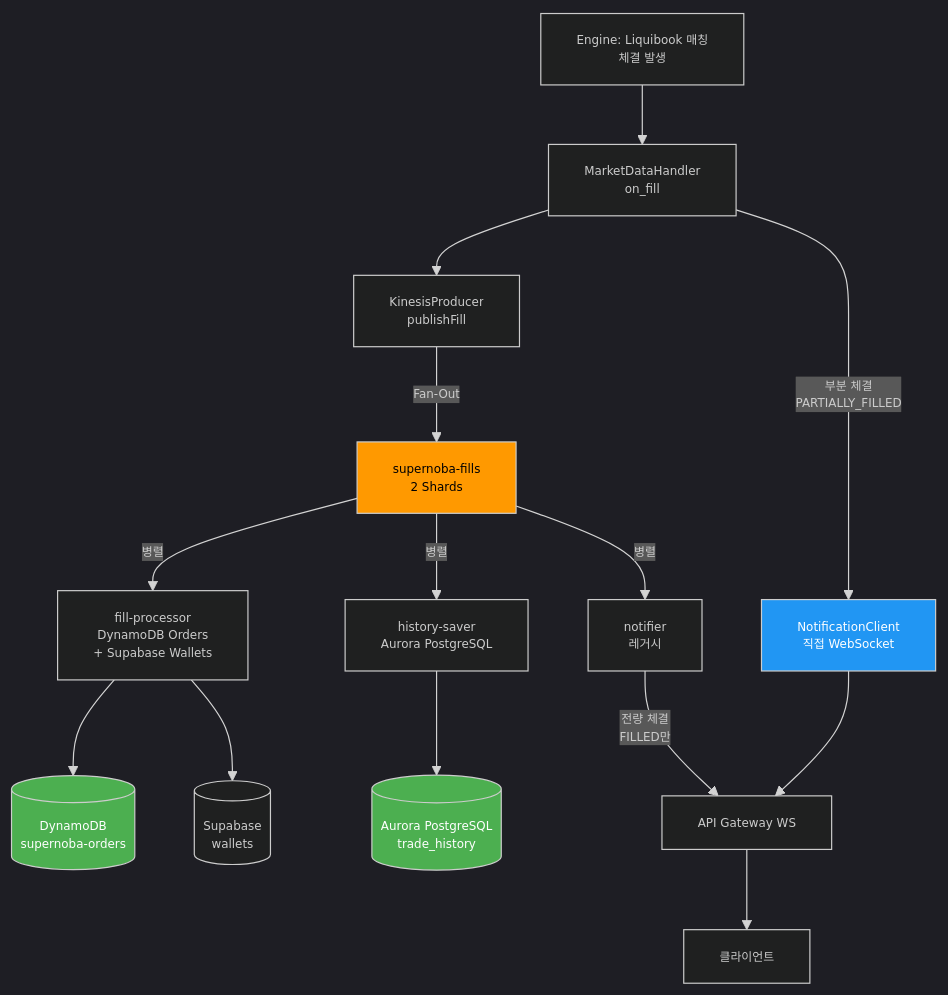
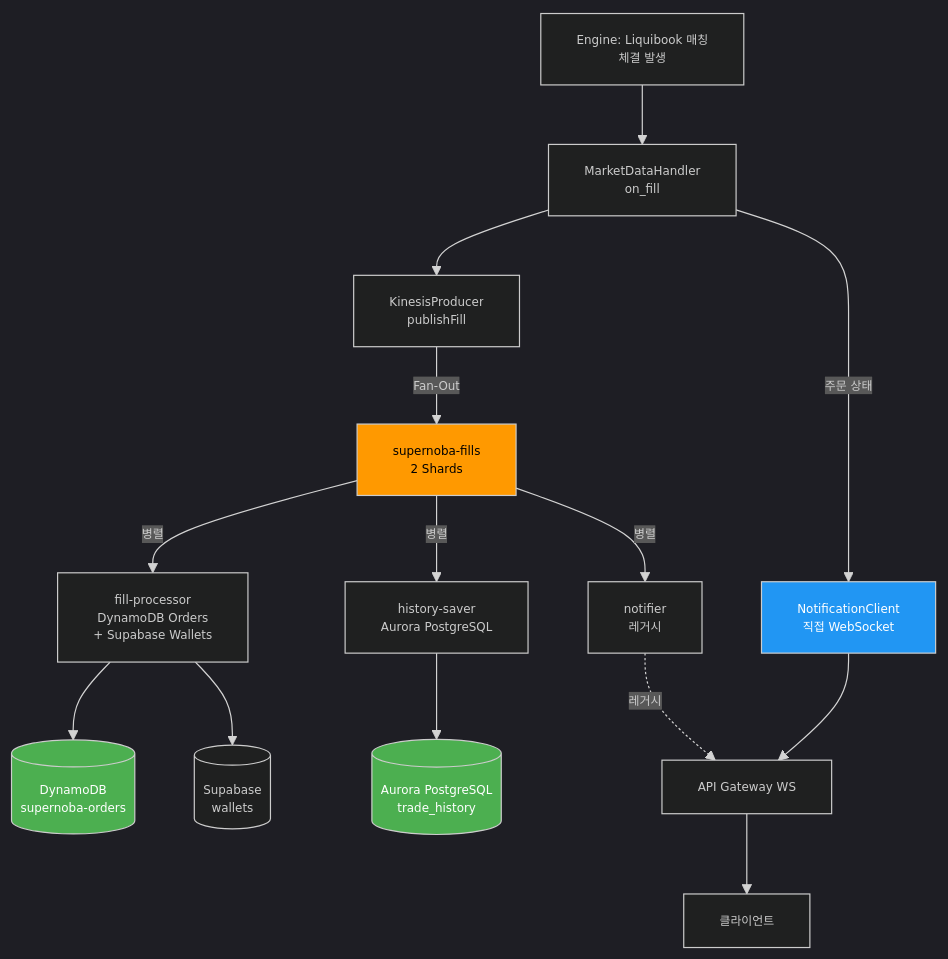
The seventh of 7 diagrams in AWS_ARCHITECTURE.md (Ustock-Organization/Supeprnoba-Core), drawn with Mermaid before and after one commit. The commit also changed other lines of this file and 22 other files, not shown here.

````diff
--- a/AWS_ARCHITECTURE.md
+++ b/AWS_ARCHITECTURE.md
@@ -663,44 +663,44 @@
 ```mermaid
 %%{init: {'theme': 'dark', 'themeVariables': { 'fontSize': '10px' }}}%%
 flowchart TD
     Engine[Engine: Liquibook 매칭<br/>체결 발생]
     Handler[MarketDataHandler<br/>on_fill]
     Producer[KinesisProducer<br/>publishFill]
     
     Kinesis[supernoba-fills<br/>2 Shards]
     
     FillProc[fill-processor<br/>DynamoDB Orders<br/>+ Supabase Wallets]
     HistSaver[history-saver<br/>Aurora PostgreSQL]
     Notifier[notifier<br/>레거시]
     
     DDB_ORD[(DynamoDB<br/>supernoba-orders)]
     RDS[(Aurora PostgreSQL<br/>trade_history)]
     Supabase[(Supabase<br/>wallets)]
     
     DirectNotif[NotificationClient<br/>직접 WebSocket]
     Gateway[API Gateway WS]
     Client[클라이언트]
     
     Engine --> Handler
     Handler --> Producer
     Producer -->|Fan-Out| Kinesis
     
     Kinesis -->|병렬| FillProc
     Kinesis -->|병렬| HistSaver
     Kinesis -->|병렬| Notifier
     
     FillProc --> DDB_ORD
     FillProc --> Supabase
     HistSaver --> RDS
     
-    Handler -->|부분 체결<br/>PARTIALLY_FILLED| DirectNotif
+    Handler -->|주문 상태| DirectNotif
     DirectNotif --> Gateway
     Gateway --> Client
     
-    Notifier -->|전량 체결<br/>FILLED만| Gateway
+    Notifier -.->|레거시| Gateway
     
     style Kinesis fill:#FF9900,color:#000
     style DirectNotif fill:#2196F3,color:#fff
     style RDS fill:#4CAF50,color:#fff
     style DDB_ORD fill:#4CAF50,color:#fff
 ```
````
